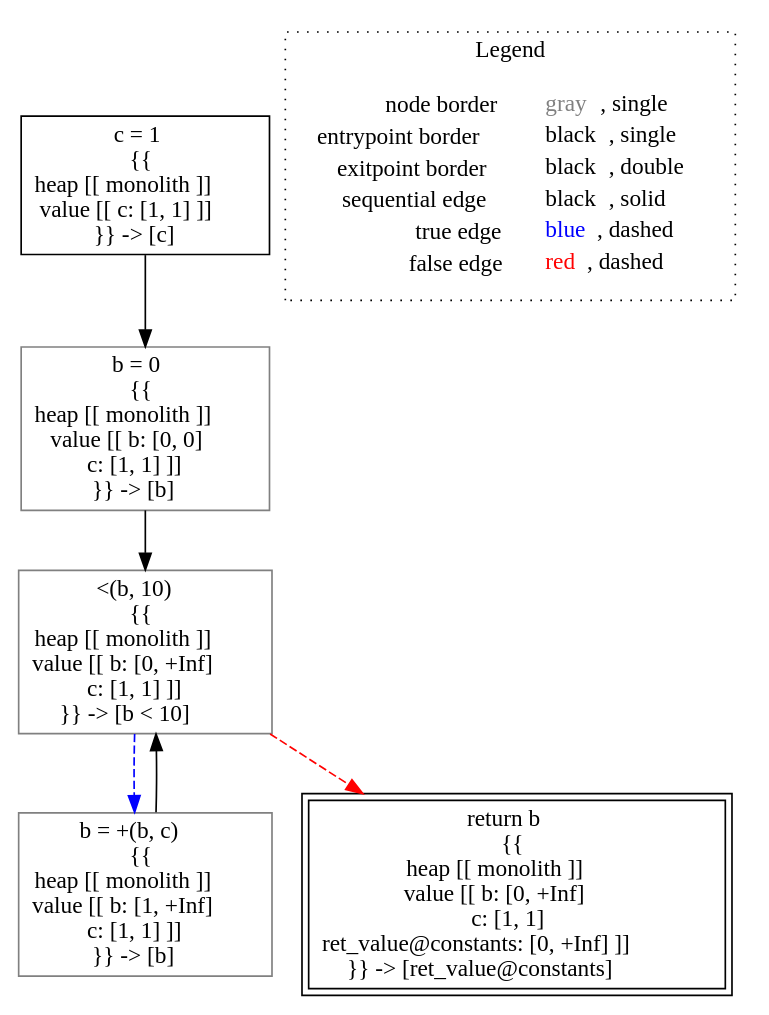
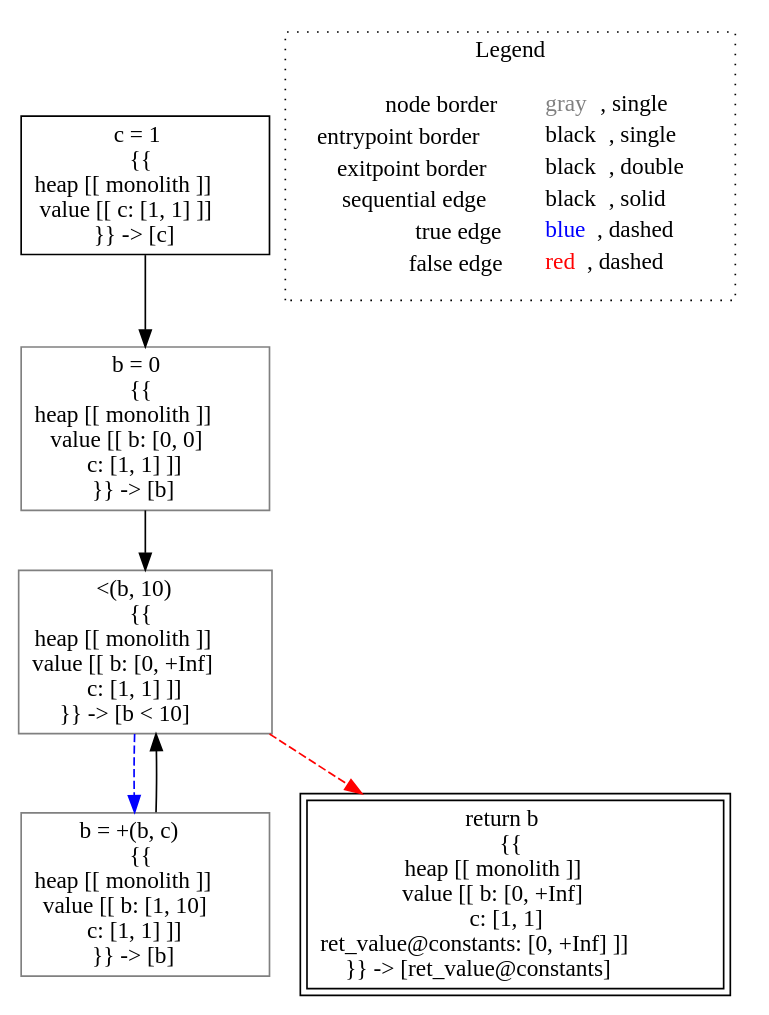
The diagram in lisa/imp-testcases/interval/analysis___untyped_tutorial.constants(tutorial_this).dot (lisa-analyzer/lisa), drawn with Graphviz before and after one commit. The commit also changed 5 other files, not shown here.

```diff
--- a/lisa/imp-testcases/interval/analysis___untyped_tutorial.constants(tutorial_this).dot
+++ b/lisa/imp-testcases/interval/analysis___untyped_tutorial.constants(tutorial_this).dot
@@ -1,19 +1,19 @@
 digraph {
 	"node0" [shape="rect",color="black",label=<c = 1<BR/>{{<BR/>heap [[ monolith ]]<BR/>value [[ c: [1, 1] ]]<BR/>}} -&gt; [c]>];
-	"node1" [shape="rect",color="gray",label=<b = +(b, c)<BR/>{{<BR/>heap [[ monolith ]]<BR/>value [[ b: [1, +Inf]<BR/>c: [1, 1] ]]<BR/>}} -&gt; [b]>];
+	"node1" [shape="rect",color="black",peripheries="2",label=<return b<BR/>{{<BR/>heap [[ monolith ]]<BR/>value [[ b: [0, +Inf]<BR/>c: [1, 1]<BR/>ret_value@constants: [0, +Inf] ]]<BR/>}} -&gt; [ret_value@constants]>];
 	"node2" [shape="rect",color="gray",label=<b = 0<BR/>{{<BR/>heap [[ monolith ]]<BR/>value [[ b: [0, 0]<BR/>c: [1, 1] ]]<BR/>}} -&gt; [b]>];
-	"node3" [shape="rect",color="black",peripheries="2",label=<return b<BR/>{{<BR/>heap [[ monolith ]]<BR/>value [[ b: [0, +Inf]<BR/>c: [1, 1]<BR/>ret_value@constants: [0, +Inf] ]]<BR/>}} -&gt; [ret_value@constants]>];
+	"node3" [shape="rect",color="gray",label=<b = +(b, c)<BR/>{{<BR/>heap [[ monolith ]]<BR/>value [[ b: [1, 10]<BR/>c: [1, 1] ]]<BR/>}} -&gt; [b]>];
 	"node4" [shape="rect",color="gray",label=<&lt;(b, 10)<BR/>{{<BR/>heap [[ monolith ]]<BR/>value [[ b: [0, +Inf]<BR/>c: [1, 1] ]]<BR/>}} -&gt; [b &lt; 10]>];
-	"node1" -> "node4" [color="black"];
+	"node2" -> "node4" [color="black"];
+	"node3" -> "node4" [color="black"];
 	"node0" -> "node2" [color="black"];
-	"node2" -> "node4" [color="black"];
-	"node4" -> "node1" [color="blue",style="dashed"];
-	"node4" -> "node3" [color="red",style="dashed"];
+	"node4" -> "node1" [color="red",style="dashed"];
+	"node4" -> "node3" [color="blue",style="dashed"];
 subgraph cluster_legend {
 	label="Legend";
 	style=dotted;
 	node [shape=plaintext];
 	"legend" [label=<<table border="0" cellpadding="2" cellspacing="0" cellborder="0"><tr><td align="right">node border&nbsp;</td><td align="left"><font color="gray">gray</font>, single</td></tr><tr><td align="right">entrypoint border&nbsp;</td><td align="left"><font color="black">black</font>, single</td></tr><tr><td align="right">exitpoint border&nbsp;</td><td align="left"><font color="black">black</font>, double</td></tr><tr><td align="right">sequential edge&nbsp;</td><td align="left"><font color="black">black</font>, solid</td></tr><tr><td align="right">true edge&nbsp;</td><td align="left"><font color="blue">blue</font>, dashed</td></tr><tr><td align="right">false edge&nbsp;</td><td align="left"><font color="red">red</font>, dashed</td></tr></table>>];
 }
 
 }
```
